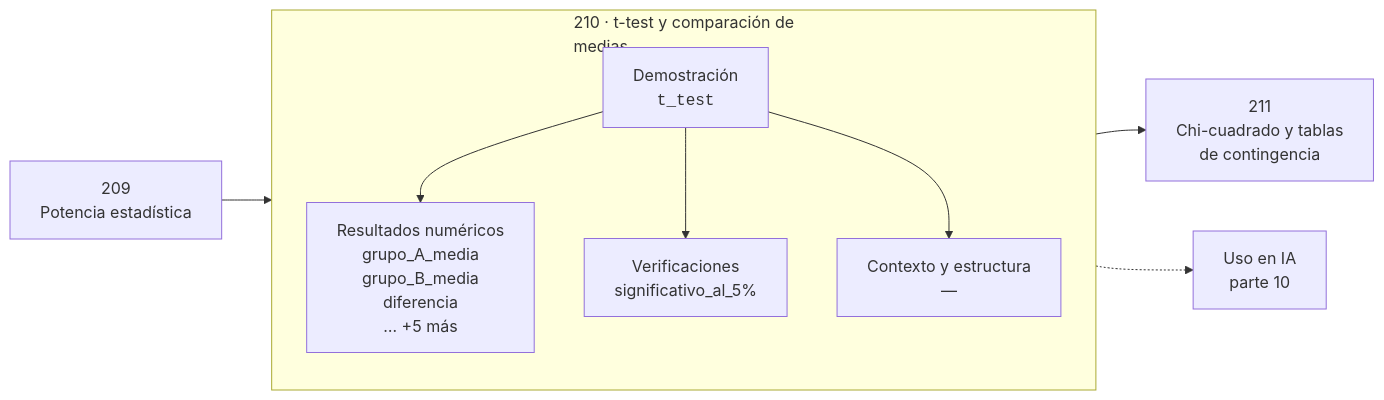
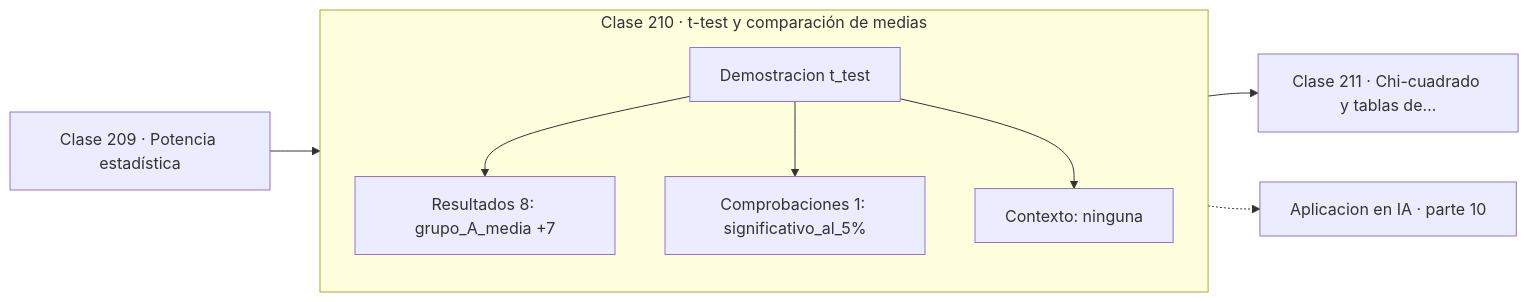
One commit to vladimiracunadev-create/computational-mathematics-program changed the diagram in classes/part-10-estadistica-e-inferencia/210-t-test-y-comparacion-de-medias/README.md. Above: the diagram before and after it, drawn with Mermaid. The commit also changed 389 other files, not shown here.

First line of the commit message:
fix(diagramas): elimina el HTML de las etiquetas Mermaid

````diff
--- a/classes/part-10-estadistica-e-inferencia/210-t-test-y-comparacion-de-medias/README.md
+++ b/classes/part-10-estadistica-e-inferencia/210-t-test-y-comparacion-de-medias/README.md
@@ -30,12 +30,13 @@
 ```mermaid
 flowchart LR
-    P["209<br/>Potencia estadística"] --> C
-    subgraph C["210 · t-test y comparación de<br/>medias"]
+    P["Clase 209 · Potencia estadística"] --> D
+    subgraph CLASE["Clase 210 · t-test y comparación de medias"]
         direction TB
-        D["Demostración<br/><code>t_test</code>"] --> R["Resultados numéricos<br/>grupo_A_media<br/>grupo_B_media<br/>diferencia<br/>… +5 más"]
-        D --> V["Verificaciones<br/>significativo_al_5%"]
-        D --> O["Contexto y estructura<br/>—"]
+        D["Demostracion t_test"]
+        D --> R["Resultados 8: grupo_A_media +7"]
+        D --> V["Comprobaciones 1: significativo_al_5%"]
+        D --> O["Contexto: ninguna"]
     end
-    C --> N["211<br/>Chi-cuadrado y tablas<br/>de contingencia"]
-    C -.-> IA["Uso en IA<br/>parte 10"]
+    R --> N["Clase 211 · Chi-cuadrado y tablas de…"]
+    V -.-> IA["Aplicacion en IA · parte 10"]
 ```
````
